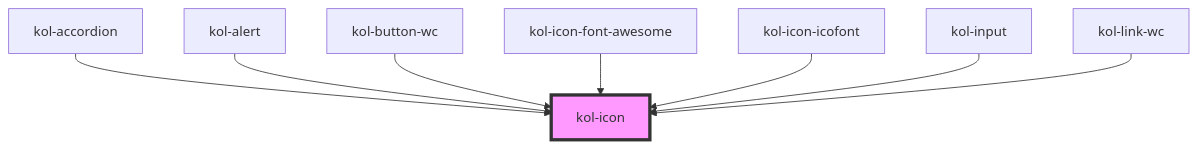
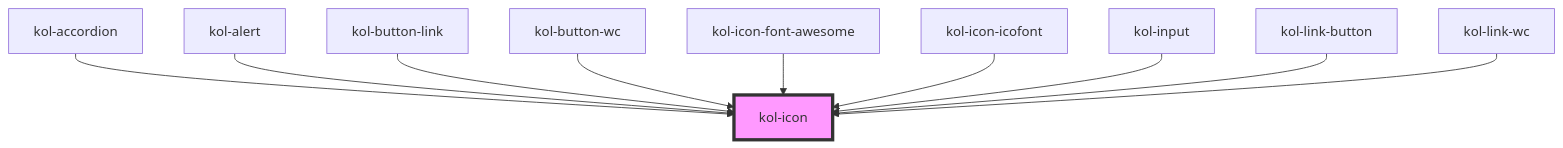
The diagram in packages/library/src/components/icon/readme.md (public-ui/kolibri), drawn with Mermaid before and after one commit. The commit also changed other lines of this file and 18 other files, not shown here.

Commit message:
feat: add button-link and link-button

````diff
--- a/packages/library/src/components/icon/readme.md
+++ b/packages/library/src/components/icon/readme.md
@@ -89,11 +91,13 @@
 ```mermaid
 graph TD;
   kol-accordion --> kol-icon
   kol-alert --> kol-icon
+  kol-button-link --> kol-icon
   kol-button-wc --> kol-icon
   kol-icon-font-awesome --> kol-icon
   kol-icon-icofont --> kol-icon
   kol-input --> kol-icon
+  kol-link-button --> kol-icon
   kol-link-wc --> kol-icon
   style kol-icon fill:#f9f,stroke:#333,stroke-width:4px
 ```
````
